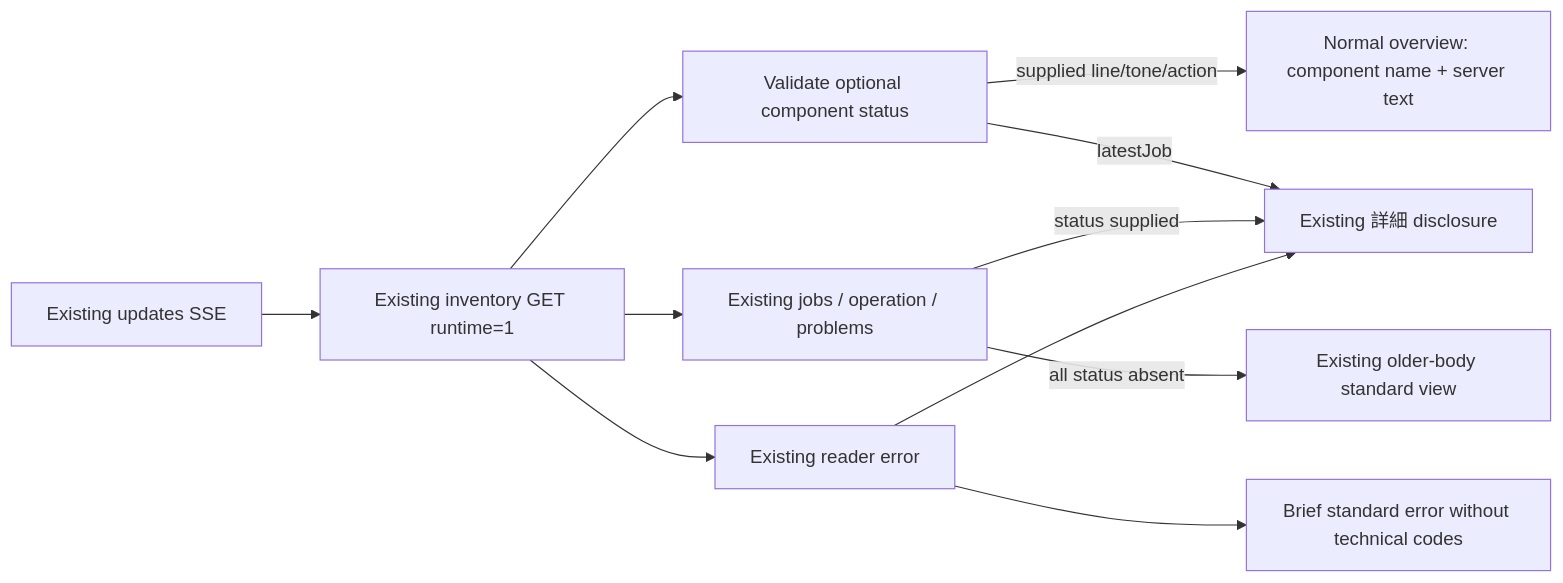
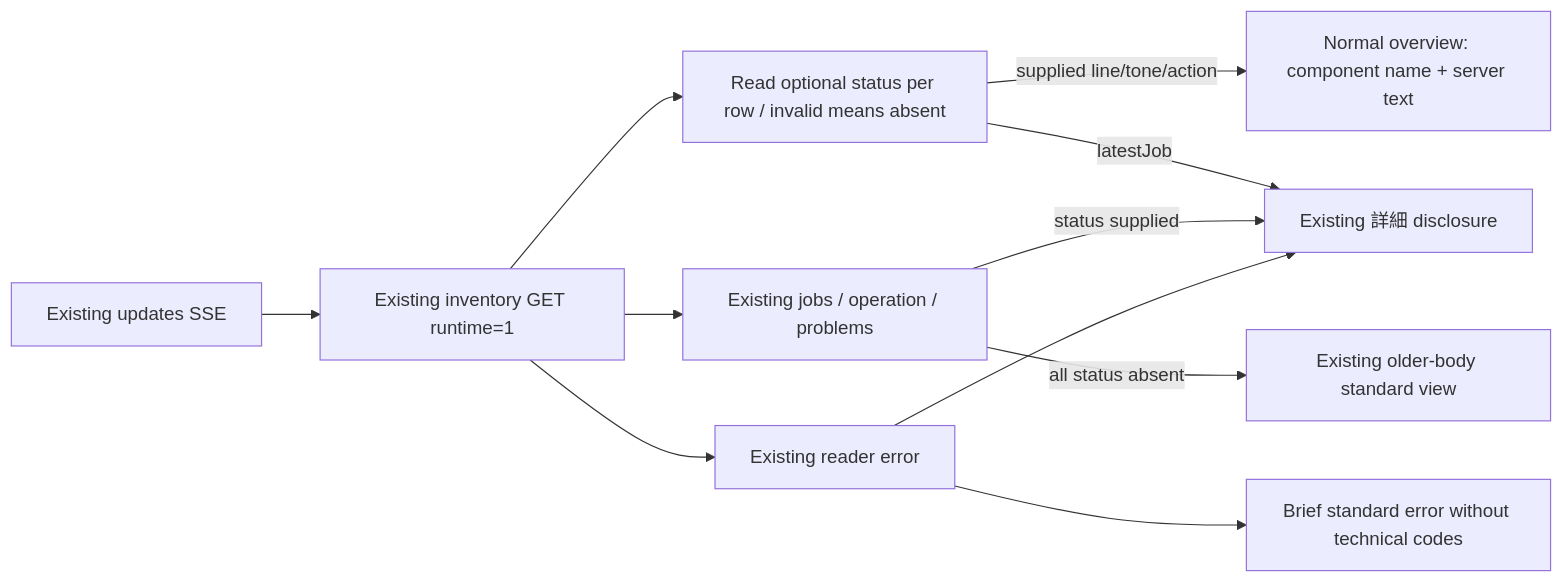
One commit to kitepon/BellTeam changed the first of 9 diagrams in docs/architecture/modules/web/update-notice-design.md. Above: the diagram before and after it, drawn with Mermaid. The commit also changed other lines of this file and 3 other files, not shown here.

Commit message:
fix(web): fall back per row for unknown optional status

````diff
--- a/docs/architecture/modules/web/update-notice-design.md
+++ b/docs/architecture/modules/web/update-notice-design.md
@@ -15,13 +15,13 @@
 ```mermaid
 flowchart LR
   SSE[Existing updates SSE] --> Read[Existing inventory GET runtime=1]
-  Read --> Status[Validate optional component status]
+  Read --> Status[Read optional status per row / invalid means absent]
   Status -->|supplied line/tone/action| Standard[Normal overview: component name + server text]
   Status -->|latestJob| Detail[Existing 詳細 disclosure]
   Read --> Jobs[Existing jobs / operation / problems]
   Jobs -->|status supplied| Detail
   Jobs -->|all status absent| Legacy[Existing older-body standard view]
   Read --> Error[Existing reader error]
   Error --> Detail
   Error --> Brief[Brief standard error without technical codes]
 ```
````
